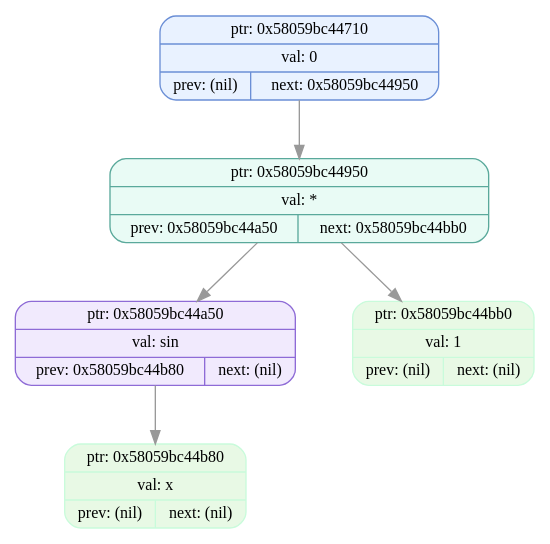
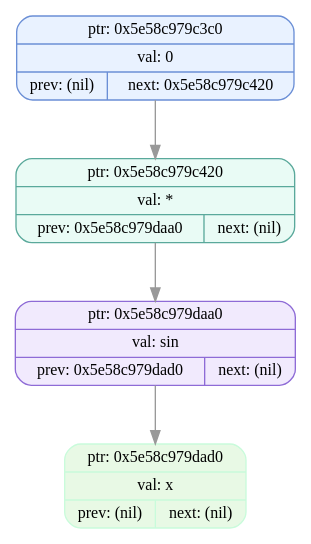
Before and after one commit to EvilTomato9890/Difference: the diagram in dumps/tree_dump_003.dot, drawn with Graphviz. The commit also changed 42 other files, not shown here.

```diff
--- a/dumps/tree_dump_003.dot
+++ b/dumps/tree_dump_003.dot
@@ -1,13 +1,11 @@
 digraph T{
   node [fontname="Fira Mono",shape=record,style="filled,rounded",fontsize=12];
   graph [splines=true, nodesep=0.6, ranksep=0.6];
-  node_0x58059bc44710[shape=record,label="{ {ptr: 0x58059bc44710} | {val: 0} | { prev: (nil) | next: 0x58059bc44950 } }",color="#6b8fd6",fillcolor="#e9f2ff"];
-  node_0x58059bc44950[shape=record,label="{ {ptr: 0x58059bc44950} | {val: *} | { prev: 0x58059bc44a50 | next: 0x58059bc44bb0 } }",color="#5aa99b",fillcolor="#e9fbf5"];
-  node_0x58059bc44a50[shape=record,label="{ {ptr: 0x58059bc44a50} | {val: sin} | { prev: 0x58059bc44b80 | next: (nil) } }",color="#8e6bd6",fillcolor="#f1eafd"];
-  node_0x58059bc44b80[shape=record,label="{ {ptr: 0x58059bc44b80} | {val: x} | { prev: (nil) | next: (nil) } }",color="#c9fbdbff",fillcolor="#e8f9e5ff"];
-  node_0x58059bc44bb0[shape=record,label="{ {ptr: 0x58059bc44bb0} | {val: 1} | { prev: (nil) | next: (nil) } }",color="#c9fbdbff",fillcolor="#e8f9e5ff"];
-  node_0x58059bc44710 -> node_0x58059bc44950 [color="#999999"];
-  node_0x58059bc44950 -> node_0x58059bc44a50 [color="#999999"];
-  node_0x58059bc44950 -> node_0x58059bc44bb0 [color="#999999"];
-  node_0x58059bc44a50 -> node_0x58059bc44b80 [color="#999999"];
+  node_0x5e58c979c3c0[shape=record,label="{ {ptr: 0x5e58c979c3c0} | {val: 0} | { prev: (nil) | next: 0x5e58c979c420 } }",color="#6b8fd6",fillcolor="#e9f2ff"];
+  node_0x5e58c979c420[shape=record,label="{ {ptr: 0x5e58c979c420} | {val: *} | { prev: 0x5e58c979daa0 | next: (nil) } }",color="#5aa99b",fillcolor="#e9fbf5"];
+  node_0x5e58c979daa0[shape=record,label="{ {ptr: 0x5e58c979daa0} | {val: sin} | { prev: 0x5e58c979dad0 | next: (nil) } }",color="#8e6bd6",fillcolor="#f1eafd"];
+  node_0x5e58c979dad0[shape=record,label="{ {ptr: 0x5e58c979dad0} | {val: x} | { prev: (nil) | next: (nil) } }",color="#c9fbdbff",fillcolor="#e8f9e5ff"];
+  node_0x5e58c979c3c0 -> node_0x5e58c979c420 [color="#999999"];
+  node_0x5e58c979c420 -> node_0x5e58c979daa0 [color="#999999"];
+  node_0x5e58c979daa0 -> node_0x5e58c979dad0 [color="#999999"];
 }
```
